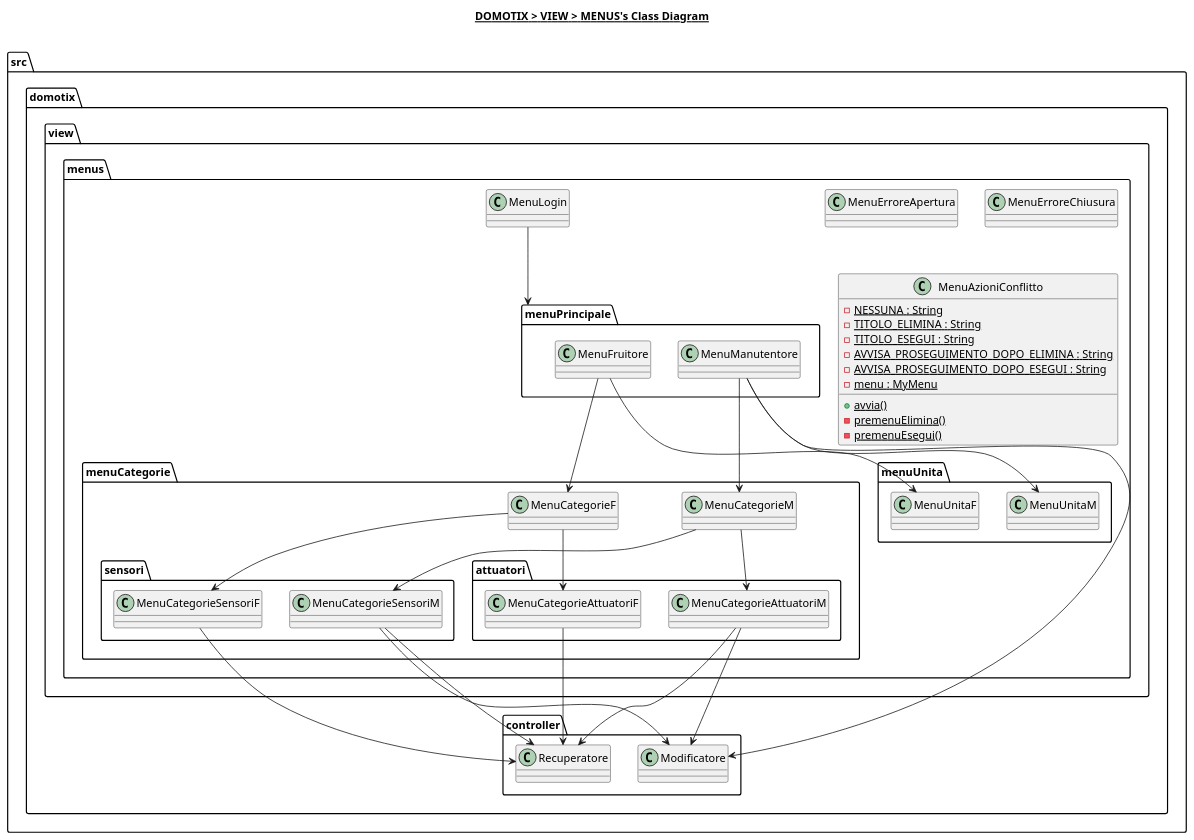
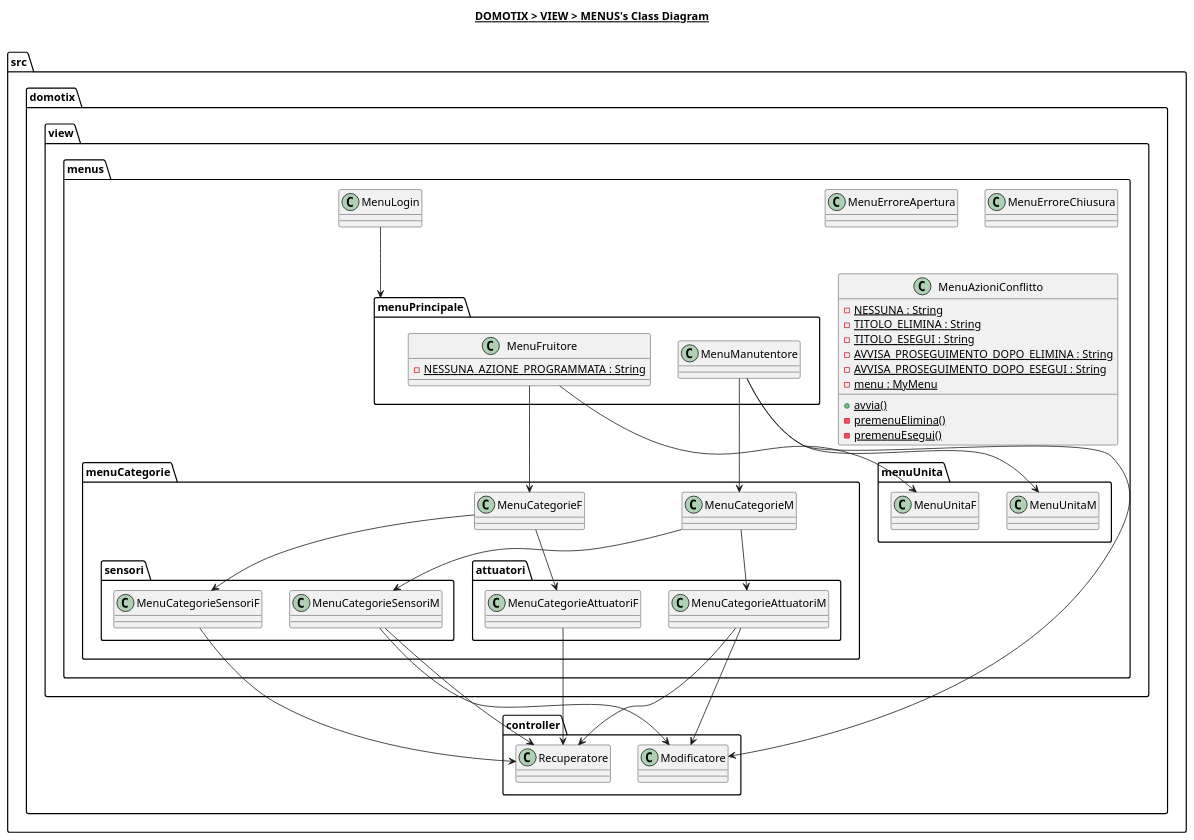
One commit to Edoar-do/Domotix changed the diagram in src/domotix/view/menus/menus.plantuml. Above: the diagram before and after it, drawn with PlantUML. The commit also changed 7 other files, not shown here.

```diff
--- a/src/domotix/view/menus/menus.plantuml
+++ b/src/domotix/view/menus/menus.plantuml
@@ -1,81 +1,82 @@
 @startuml
 
 title __DOMOTIX > VIEW > MENUS's Class Diagram__\n
 
 namespace src.domotix.view.menus {
     class src.domotix.view.menus.MenuErroreApertura {
     }
 
     class src.domotix.view.menus.MenuErroreChiusura {
     }
 
     class src.domotix.view.menus.MenuAzioniConflitto {
         {static} - NESSUNA : String
         {static} - TITOLO_ELIMINA : String
         {static} - TITOLO_ESEGUI : String
         {static} - AVVISA_PROSEGUIMENTO_DOPO_ELIMINA : String
         {static} - AVVISA_PROSEGUIMENTO_DOPO_ESEGUI : String
         {static} - menu : MyMenu
         {static} + avvia()
         {static} - premenuElimina()
         {static} - premenuEsegui()
     }
 
     class src.domotix.view.menus.MenuLogin {
     }
 
     namespace menuPrincipale {
         class src.domotix.view.menus.menuPrincipale.MenuFruitore {
+            {static} - NESSUNA_AZIONE_PROGRAMMATA : String
         }
 
         class src.domotix.view.menus.menuPrincipale.MenuManutentore {
         }
     }
 
     namespace menuCategorie {
         class src.domotix.view.menus.menuCategorie.MenuCategorieF {
         }
 
         class src.domotix.view.menus.menuCategorie.MenuCategorieM {
         }
 
         namespace sensori {
             class src.domotix.view.menus.menuCategorie.sensori.MenuCategorieSensoriF {
             }
 
             class src.domotix.view.menus.menuCategorie.sensori.MenuCategorieSensoriM {
             }
         }
 
         namespace attuatori {
             class src.domotix.view.menus.menuCategorie.attuatori.MenuCategorieAttuatoriF {
             }
 
             class src.domotix.view.menus.menuCategorie.attuatori.MenuCategorieAttuatoriM {
             }
         }
     }
 
     namespace menuUnita {
     }
 }
 
 src.domotix.view.menus.MenuLogin --> src.domotix.view.menus.menuPrincipale
 src.domotix.view.menus.menuPrincipale.MenuManutentore --> src.domotix.view.menus.menuUnita.MenuUnitaM
 src.domotix.view.menus.menuPrincipale.MenuFruitore --> src.domotix.view.menus.menuUnita.MenuUnitaF
 src.domotix.view.menus.menuPrincipale.MenuManutentore --> src.domotix.view.menus.menuCategorie.MenuCategorieM
 src.domotix.view.menus.menuPrincipale.MenuFruitore --> src.domotix.view.menus.menuCategorie.MenuCategorieF
 src.domotix.view.menus.menuCategorie.MenuCategorieM --> src.domotix.view.menus.menuCategorie.attuatori.MenuCategorieAttuatoriM
 src.domotix.view.menus.menuCategorie.MenuCategorieM --> src.domotix.view.menus.menuCategorie.sensori.MenuCategorieSensoriM
 src.domotix.view.menus.menuCategorie.MenuCategorieF --> src.domotix.view.menus.menuCategorie.attuatori.MenuCategorieAttuatoriF
 src.domotix.view.menus.menuCategorie.MenuCategorieF --> src.domotix.view.menus.menuCategorie.sensori.MenuCategorieSensoriF
 
 src.domotix.view.menus.menuCategorie.attuatori.MenuCategorieAttuatoriM --> src.domotix.controller.Modificatore
 src.domotix.view.menus.menuCategorie.attuatori.MenuCategorieAttuatoriM --> src.domotix.controller.Recuperatore
 src.domotix.view.menus.menuCategorie.attuatori.MenuCategorieAttuatoriF --> src.domotix.controller.Recuperatore
 src.domotix.view.menus.menuCategorie.sensori.MenuCategorieSensoriM --> src.domotix.controller.Modificatore
 src.domotix.view.menus.menuCategorie.sensori.MenuCategorieSensoriM --> src.domotix.controller.Recuperatore
 src.domotix.view.menus.menuCategorie.sensori.MenuCategorieSensoriF --> src.domotix.controller.Recuperatore
 src.domotix.view.menus.menuPrincipale.MenuManutentore --> src.domotix.controller.Modificatore
 
 @enduml
```
